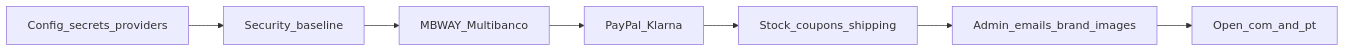
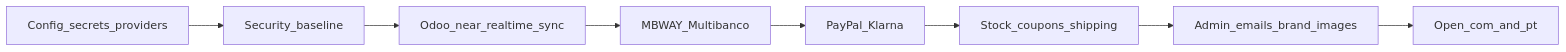
One commit to Tiago-Domingues/jhonny_ai changed the diagram in docs/website-launch-status.md. Above: the diagram before and after it, drawn with Mermaid. The commit also changed other lines of this file and 1 other file, not shown here.

First line of the commit message:
Add P0.18 near real-time Odoo catalog sync to launch backlog

````diff
--- a/docs/website-launch-status.md
+++ b/docs/website-launch-status.md
@@ -204,11 +208,12 @@
 ```mermaid
 flowchart LR
   config[Config_secrets_providers]
   security[Security_baseline]
+  odooSync[Odoo_near_realtime_sync]
   ptPay[MBWAY_Multibanco]
   intlPay[PayPal_Klarna]
   rules[Stock_coupons_shipping]
   ops[Admin_emails_brand_images]
   domains[Open_com_and_pt]
-  config --> security --> ptPay --> intlPay --> rules --> ops --> domains
+  config --> security --> odooSync --> ptPay --> intlPay --> rules --> ops --> domains
 ```
````
